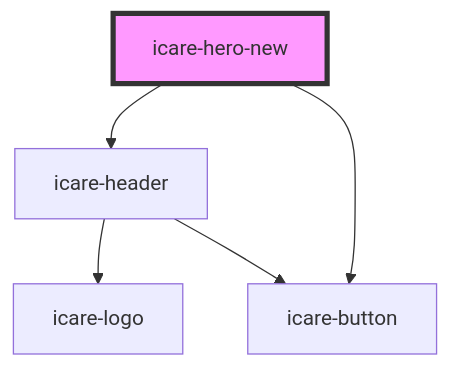
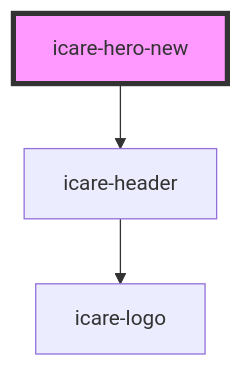
One commit to ajkirwan1/icare-mono-repo changed the diagram in packages/icare-components/src/components/icare-hero-new/readme.md. Above: the diagram before and after it, drawn with Mermaid. The commit also changed other lines of this file and 54 other files, not shown here.

````diff
--- a/packages/icare-components/src/components/icare-hero-new/readme.md
+++ b/packages/icare-components/src/components/icare-hero-new/readme.md
@@ -24,8 +23,6 @@
 ```mermaid
 graph TD;
   icare-hero-new --> icare-header
-  icare-hero-new --> icare-button
   icare-header --> icare-logo
-  icare-header --> icare-button
   style icare-hero-new fill:#f9f,stroke:#333,stroke-width:4px
 ```
````
